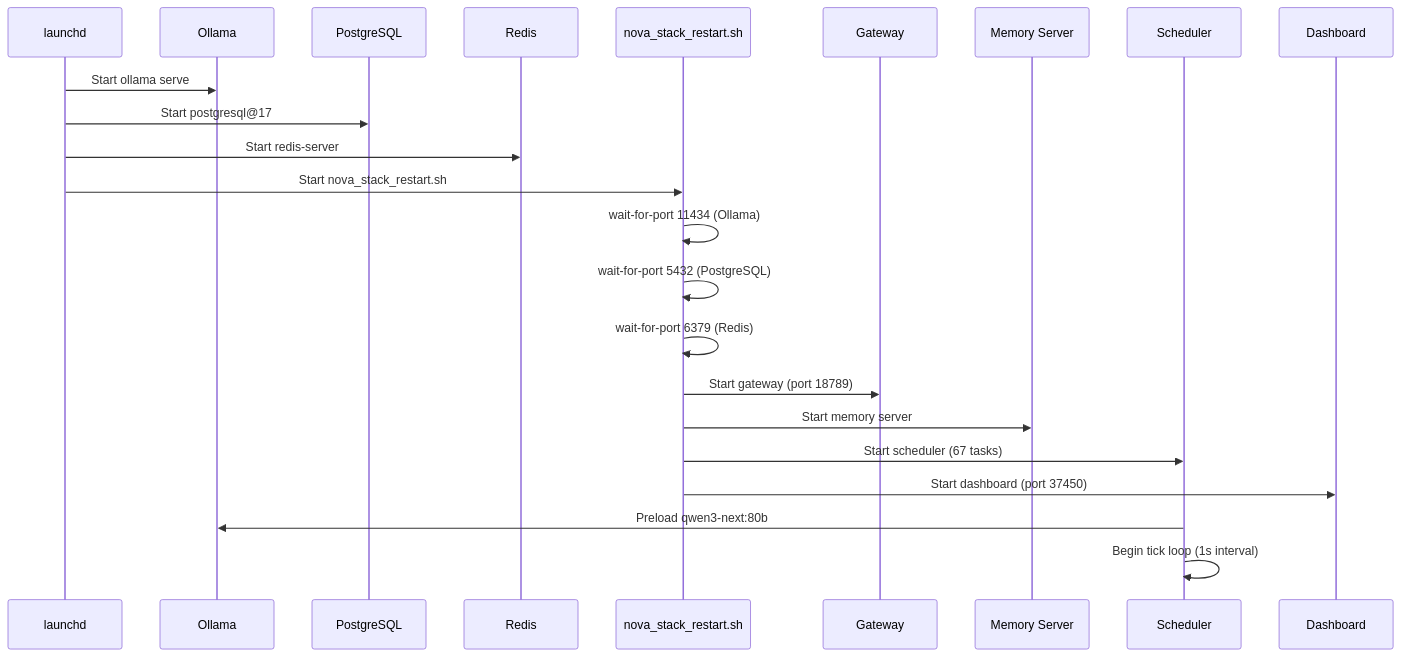
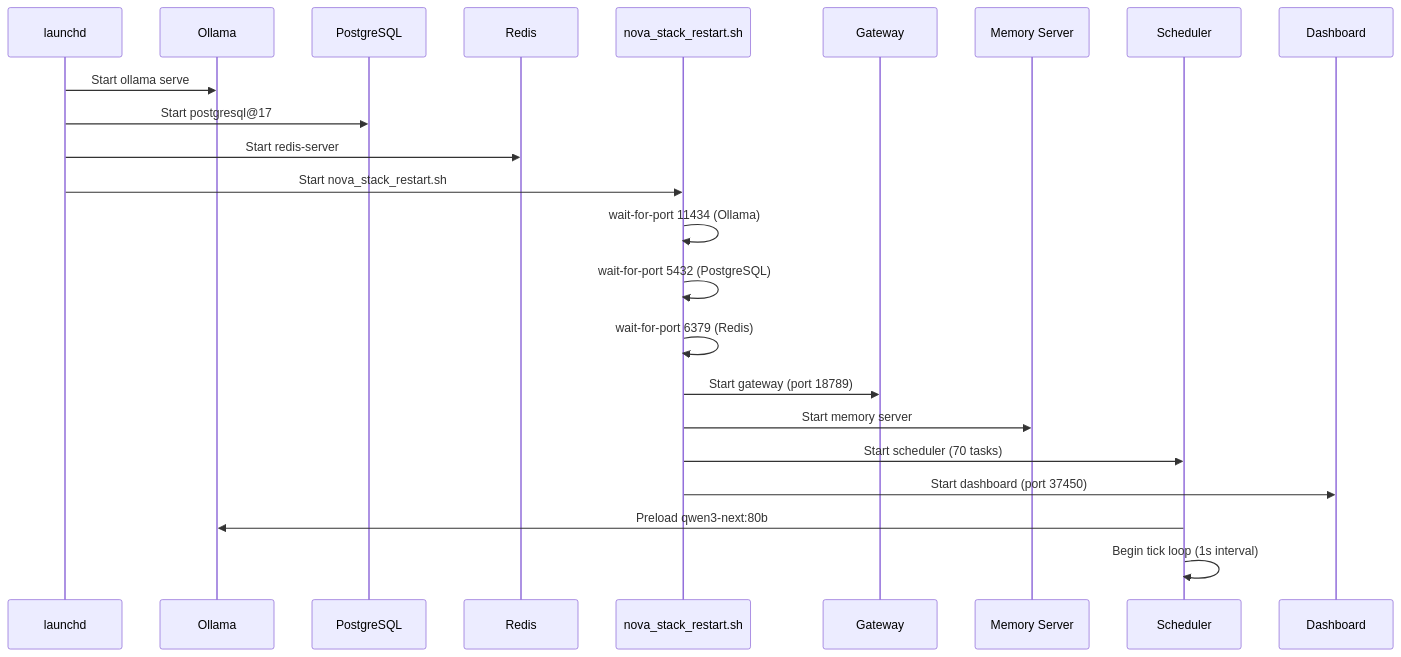
Before and after one commit to kochj23/nova: the second of 6 diagrams in README.md, drawn with Mermaid. The commit also changed other lines of this file and 19 other files, not shown here.

````diff
--- a/README.md
+++ b/README.md
@@ -258,26 +258,26 @@
 ```mermaid
 sequenceDiagram
     participant launchd
     participant Ollama
     participant PG as PostgreSQL
     participant Redis
     participant Stack as nova_stack_restart.sh
     participant GW as Gateway
     participant Mem as Memory Server
     participant Sched as Scheduler
     participant Dash as Dashboard
 
     launchd->>Ollama: Start ollama serve
     launchd->>PG: Start postgresql@17
     launchd->>Redis: Start redis-server
     launchd->>Stack: Start nova_stack_restart.sh
     Stack->>Stack: wait-for-port 11434 (Ollama)
     Stack->>Stack: wait-for-port 5432 (PostgreSQL)
     Stack->>Stack: wait-for-port 6379 (Redis)
     Stack->>GW: Start gateway (port 18789)
     Stack->>Mem: Start memory server
-    Stack->>Sched: Start scheduler (67 tasks)
+    Stack->>Sched: Start scheduler (70 tasks)
     Stack->>Dash: Start dashboard (port 37450)
     Sched->>Ollama: Preload qwen3-next:80b
     Sched->>Sched: Begin tick loop (1s interval)
 ```
````
